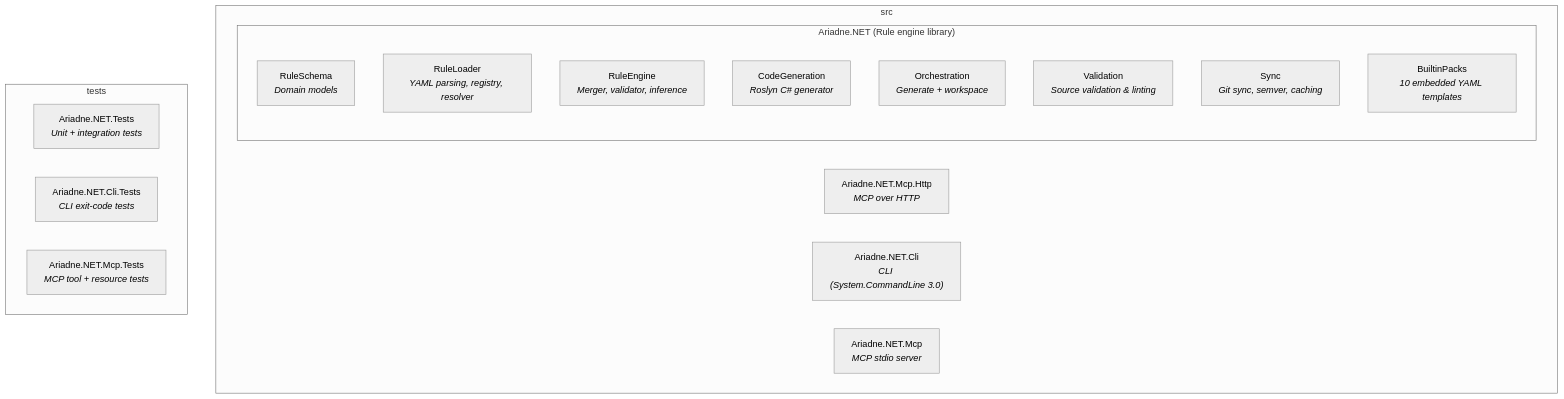
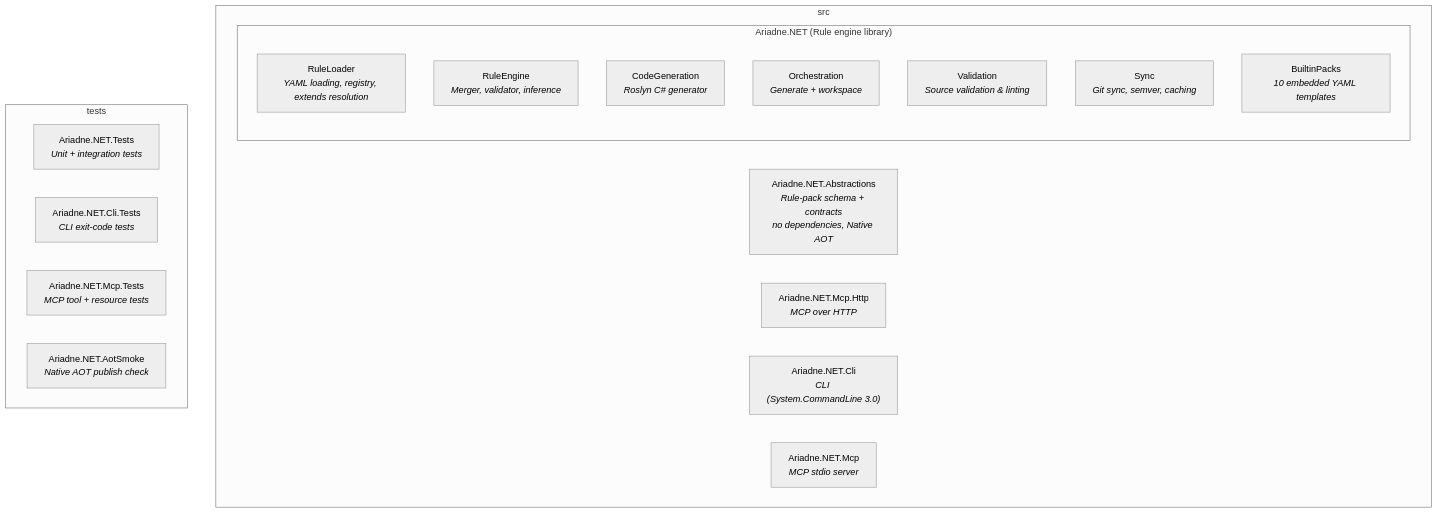
The first of 4 diagrams in docs/how-it-works/02-architecture.md (MarcelRoozekrans/Ariadne.NET), drawn with Mermaid (neutral theme) before and after one commit. The commit also changed other lines of this file and 2 other files, not shown here.

Commit message:
docs: describe the Ariadne.NET.Abstractions package split

````diff
--- a/docs/how-it-works/02-architecture.md
+++ b/docs/how-it-works/02-architecture.md
@@ -5,24 +5,25 @@
 ```mermaid
 graph TD
     subgraph src
+        Abstractions["Ariadne.NET.Abstractions<br/><i>Rule-pack schema + contracts<br/>no dependencies, Native AOT</i>"]
         subgraph Ariadne.NET["Ariadne.NET (Rule engine library)"]
-            RuleSchema["RuleSchema<br/><i>Domain models</i>"]
-            RuleLoader["RuleLoader<br/><i>YAML parsing, registry, resolver</i>"]
+            RuleLoader["RuleLoader<br/><i>YAML loading, registry, extends resolution</i>"]
             RuleEngine["RuleEngine<br/><i>Merger, validator, inference</i>"]
             CodeGeneration["CodeGeneration<br/><i>Roslyn C# generator</i>"]
             Orchestration["Orchestration<br/><i>Generate + workspace</i>"]
             Validation["Validation<br/><i>Source validation & linting</i>"]
             Sync["Sync<br/><i>Git sync, semver, caching</i>"]
             BuiltinPacks["BuiltinPacks<br/><i>10 embedded YAML templates</i>"]
         end
         HostApi["Ariadne.NET.Mcp.Http<br/><i>MCP over HTTP</i>"]
         HostCli["Ariadne.NET.Cli<br/><i>CLI (System.CommandLine 3.0)</i>"]
         HostMcp["Ariadne.NET.Mcp<br/><i>MCP stdio server</i>"]
     end
 
     subgraph tests
         CoreTests["Ariadne.NET.Tests<br/><i>Unit + integration tests</i>"]
         CliTests["Ariadne.NET.Cli.Tests<br/><i>CLI exit-code tests</i>"]
         McpTests["Ariadne.NET.Mcp.Tests<br/><i>MCP tool + resource tests</i>"]
+        AotSmoke["Ariadne.NET.AotSmoke<br/><i>Native AOT publish check</i>"]
     end
 ```
````
